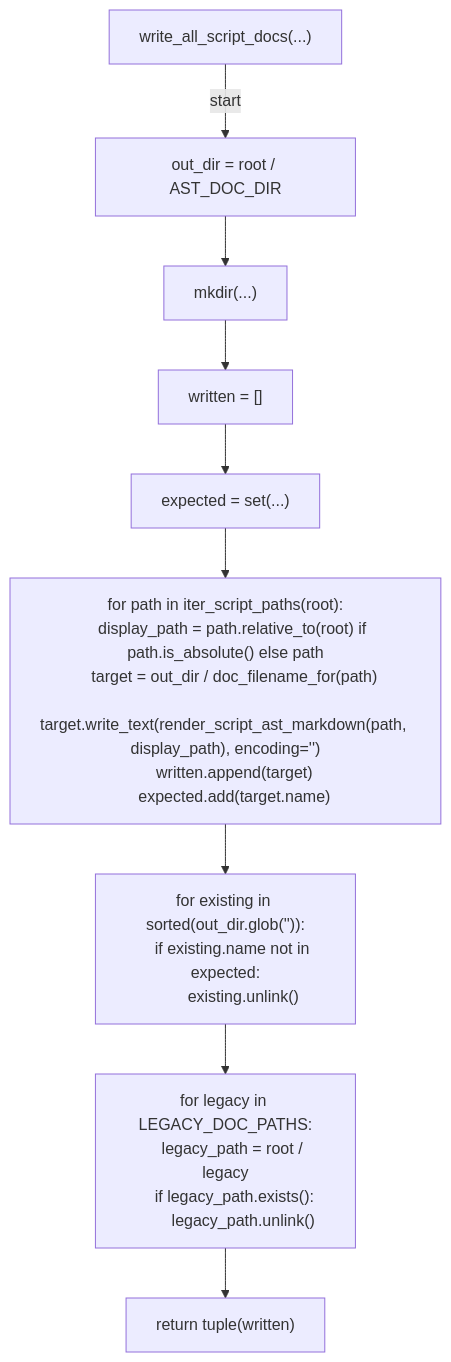
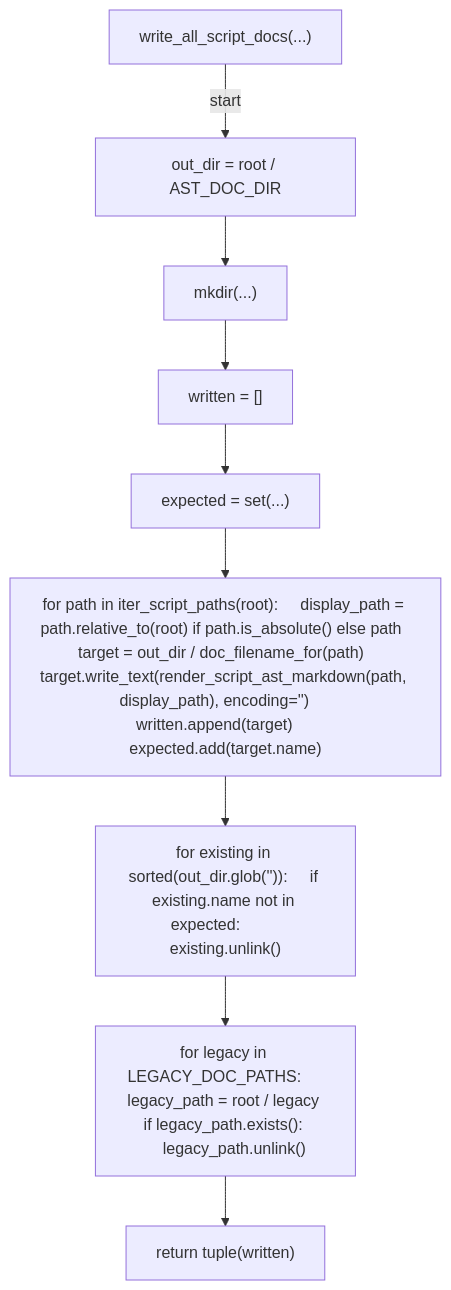
Before and after one commit to tvna/claude-md: diagram 17 of 20 in docs/generated/scripts/ast/script_ast_graph.md, drawn with Mermaid. The commit also changed other lines of this file and 23 other files, not shown here.

First line of the commit message:
docs(generated): regenerate decision tree and workflow diagrams (batch 4/5)

````diff
--- a/docs/generated/scripts/ast/script_ast_graph.md
+++ b/docs/generated/scripts/ast/script_ast_graph.md
@@ -266,30 +252,20 @@
 ```mermaid
 flowchart TD
     N001["write_all_script_docs(...)"]
     N002["out_dir = root / AST_DOC_DIR"]
     N003["mkdir(...)"]
     N004["written = []"]
     N005["expected = set(...)"]
-    N006["for path in iter_script_paths(root):
-    display_path = path.relative_to(root) if path.is_absolute() else path
-    target = out_dir / doc_filename_for(path)
-    target.write_text(render_script_ast_markdown(path, display_path), encoding='<str>')
-    written.append(target)
-    expected.add(target.name)"]
-    N007["for existing in sorted(out_dir.glob('<str>')):
-    if existing.name not in expected:
-        existing.unlink()"]
-    N008["for legacy in LEGACY_DOC_PATHS:
-    legacy_path = root / legacy
-    if legacy_path.exists():
-        legacy_path.unlink()"]
+    N006["for path in iter_script_paths(root):     display_path = path.relative_to(root) if path.is_absolute() else path     target = out_dir / doc_filename_for(path)     target.write_text(render_script_ast_markdown(path, display_path), encoding='<str>')     written.append(target)     expected.add(target.name)"]
+    N007["for existing in sorted(out_dir.glob('<str>')):     if existing.name not in expected:         existing.unlink()"]
+    N008["for legacy in LEGACY_DOC_PATHS:     legacy_path = root / legacy     if legacy_path.exists():         legacy_path.unlink()"]
     N009["return tuple(written)"]
     N001 -->|"start"| N002
     N002 --> N003
     N003 --> N004
     N004 --> N005
     N005 --> N006
     N006 --> N007
     N007 --> N008
     N008 --> N009
 ```
````
